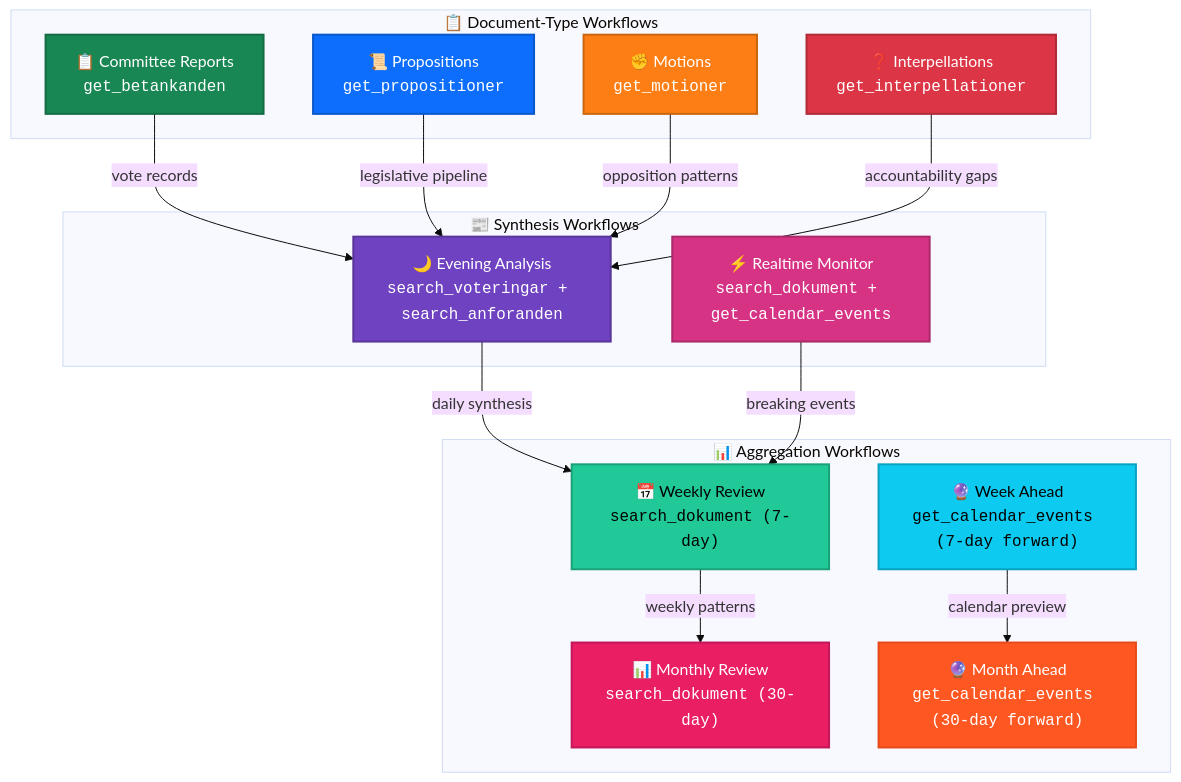
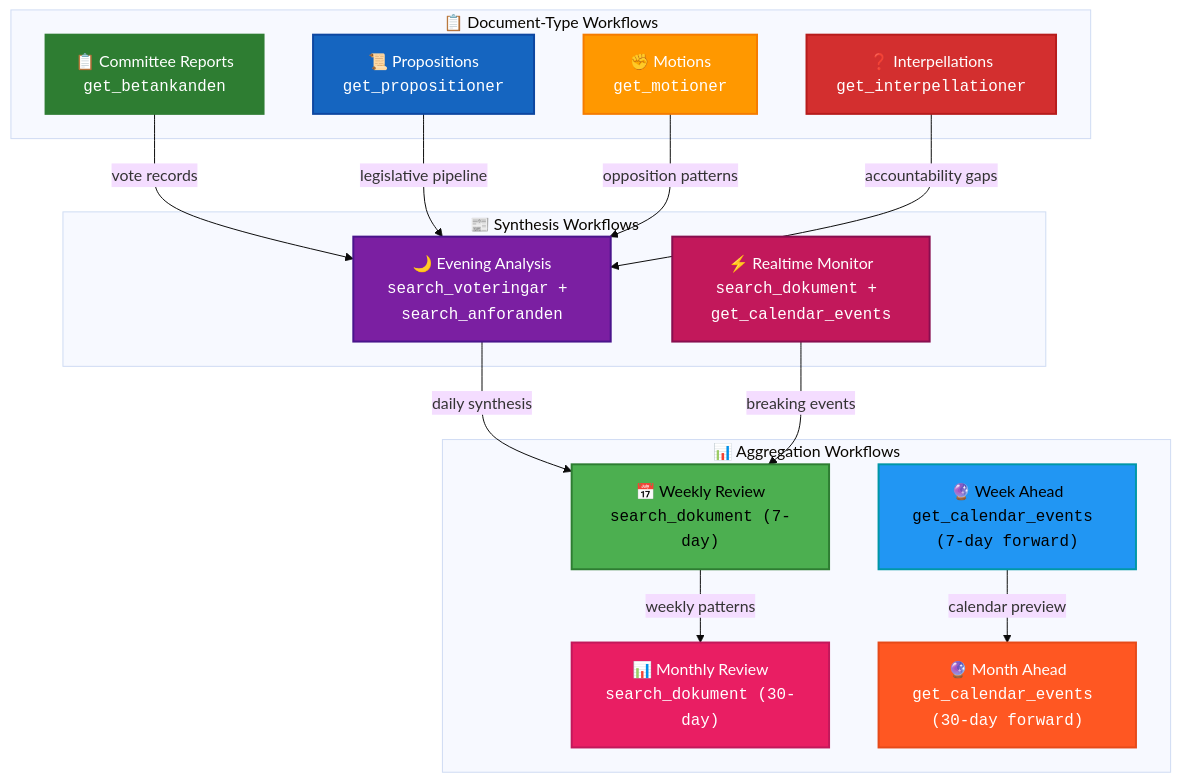
Before and after one commit to Hack23/riksdagsmonitor: the fifth of 7 diagrams in analysis/README.md, drawn with Mermaid (base theme). The commit also changed other lines of this file and 785 other files, not shown here.

First line of the commit message:
Normalize mermaid colors across 786 analysis artifacts to ISMS Style Guide palette

````diff
--- a/analysis/README.md
+++ b/analysis/README.md
@@ -433,41 +433,41 @@
 ```mermaid
 graph TB
     subgraph "📋 Document-Type Workflows"
         CR["📋 Committee Reports<br/><code>get_betankanden</code>"]
         PR["📜 Propositions<br/><code>get_propositioner</code>"]
         MO["✊ Motions<br/><code>get_motioner</code>"]
         IP["❓ Interpellations<br/><code>get_interpellationer</code>"]
     end
 
     subgraph "📰 Synthesis Workflows"
         EV["🌙 Evening Analysis<br/><code>search_voteringar + search_anforanden</code>"]
         RT["⚡ Realtime Monitor<br/><code>search_dokument + get_calendar_events</code>"]
     end
 
     subgraph "📊 Aggregation Workflows"
         WR["📅 Weekly Review<br/><code>search_dokument (7-day)</code>"]
         WA["🔮 Week Ahead<br/><code>get_calendar_events (7-day forward)</code>"]
         MR["📊 Monthly Review<br/><code>search_dokument (30-day)</code>"]
         MA["🔮 Month Ahead<br/><code>get_calendar_events (30-day forward)</code>"]
     end
 
     CR -->|"vote records"| EV
     PR -->|"legislative pipeline"| EV
     MO -->|"opposition patterns"| EV
     IP -->|"accountability gaps"| EV
     EV -->|"daily synthesis"| WR
     RT -->|"breaking events"| WR
     WR -->|"weekly patterns"| MR
     WA -->|"calendar preview"| MA
 
-    style CR fill:#198754,color:#fff,stroke:#146c43,stroke-width:2px
-    style PR fill:#0d6efd,color:#fff,stroke:#0a58ca,stroke-width:2px
-    style MO fill:#fd7e14,color:#fff,stroke:#ca6510,stroke-width:2px
-    style IP fill:#dc3545,color:#fff,stroke:#b02a37,stroke-width:2px
-    style EV fill:#6f42c1,color:#fff,stroke:#59359a,stroke-width:2px
-    style RT fill:#d63384,color:#fff,stroke:#ab296a,stroke-width:2px
-    style WR fill:#20c997,color:#000,stroke:#1aa179,stroke-width:2px
-    style WA fill:#0dcaf0,color:#000,stroke:#0aa2c0,stroke-width:2px
-    style MR fill:#e91e63,color:#fff,stroke:#c2185b,stroke-width:2px
-    style MA fill:#ff5722,color:#fff,stroke:#e64a19,stroke-width:2px
+    style CR fill:#2E7D32,color:#FFFFFF,stroke:#2E7D32,stroke-width:2px
+    style PR fill:#1565C0,color:#FFFFFF,stroke:#0D47A1,stroke-width:2px
+    style MO fill:#FF9800,color:#FFFFFF,stroke:#F57C00,stroke-width:2px
+    style IP fill:#D32F2F,color:#FFFFFF,stroke:#B71C1C,stroke-width:2px
+    style EV fill:#7B1FA2,color:#FFFFFF,stroke:#4A148C,stroke-width:2px
+    style RT fill:#C2185B,color:#FFFFFF,stroke:#880E4F,stroke-width:2px
+    style WR fill:#4CAF50,color:#000000,stroke:#2E7D32,stroke-width:2px
+    style WA fill:#2196F3,color:#000000,stroke:#0097A7,stroke-width:2px
+    style MR fill:#e91e63,color:#FFFFFF,stroke:#c2185b,stroke-width:2px
+    style MA fill:#ff5722,color:#FFFFFF,stroke:#e64a19,stroke-width:2px
 ```
````
